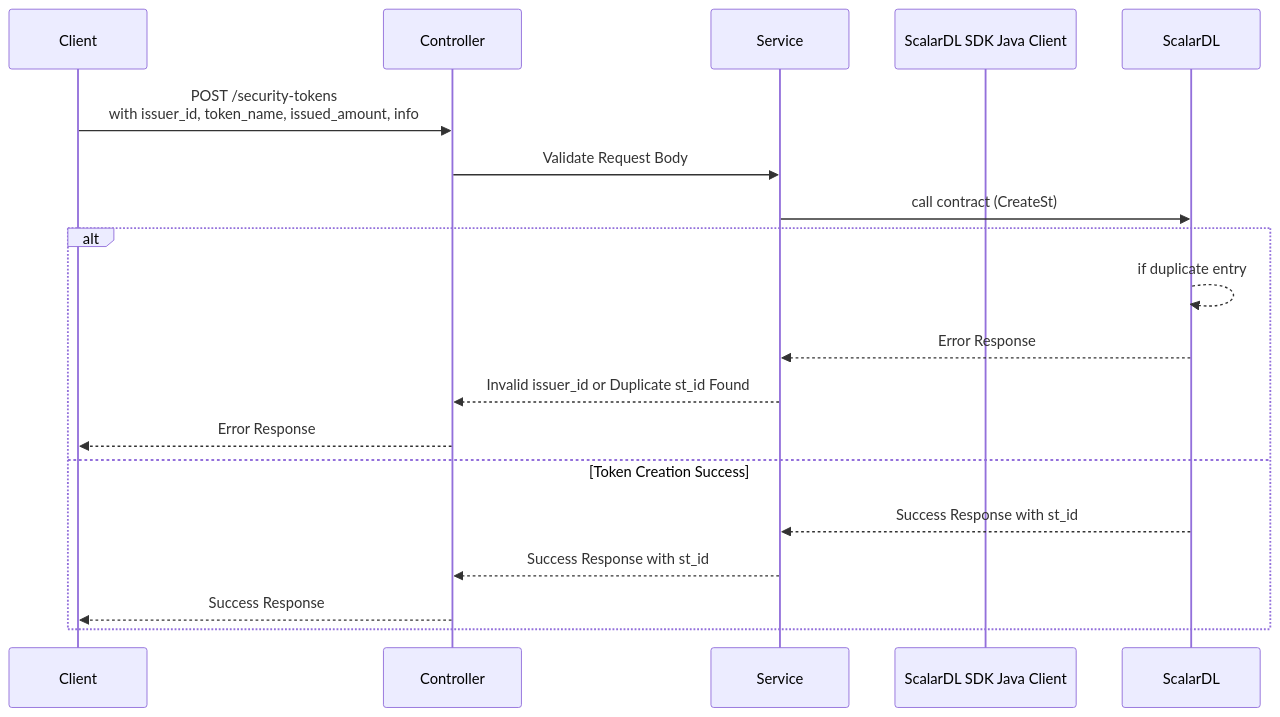
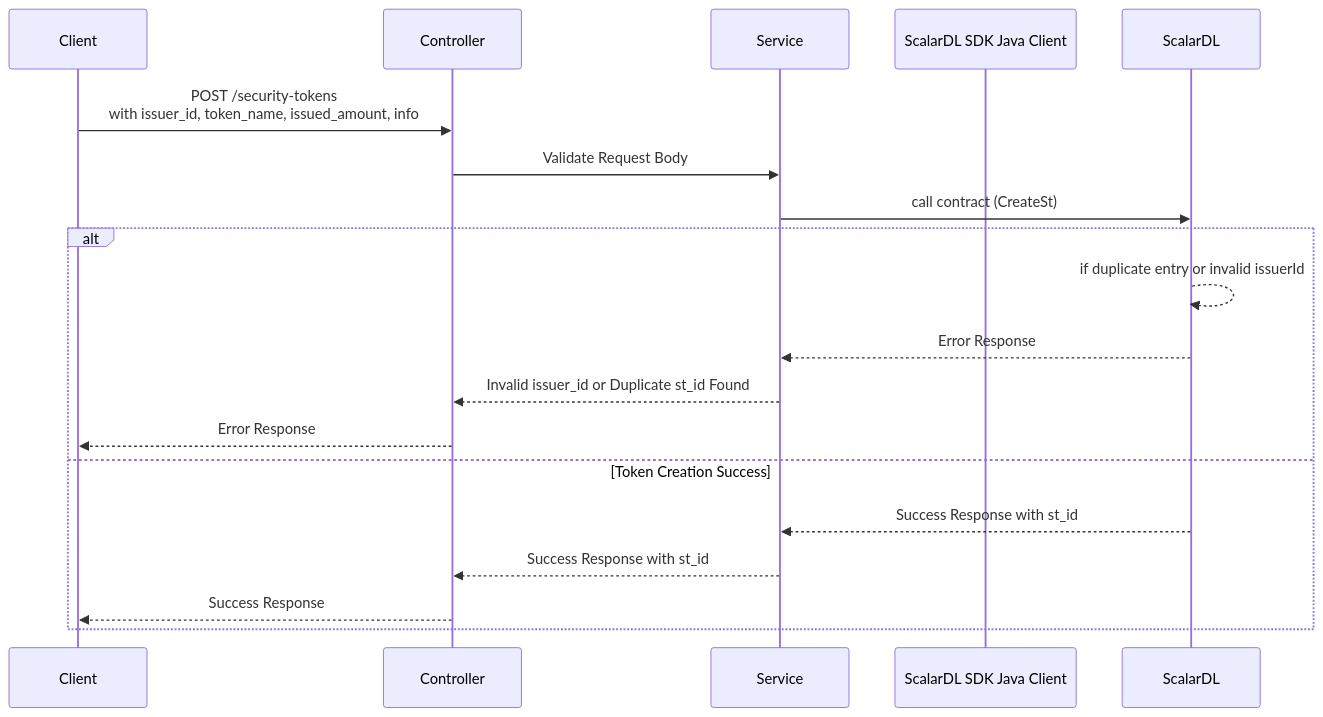
The diagram in create-st-1.md (MayuriSutar12/protocol_8_api_doc), drawn with Mermaid before and after one commit.

````diff
--- a/create-st-1.md
+++ b/create-st-1.md
@@ -11,23 +11,23 @@
 ```mermaid
 sequenceDiagram
     participant Client as Client
     participant Controller as Controller
     participant Service as Service
     participant ScalardlSDK as ScalarDL SDK Java Client 
     participant Scalardl as ScalarDL
 
     Client ->> Controller: POST /security-tokens<br/>with issuer_id, token_name, issued_amount, info
     Controller ->> Service: Validate Request Body
     Service ->> Scalardl: call contract (CreateSt)
     alt 
-        Scalardl -->> Scalardl: if duplicate entry
+        Scalardl -->> Scalardl: if duplicate entry or invalid issuerId
         Scalardl -->> Service: Error Response
         Service -->> Controller: Invalid issuer_id or Duplicate st_id Found
         Controller -->> Client: Error Response
     else Token Creation Success
         Scalardl -->> Service: Success Response with st_id
         Service -->> Controller: Success Response with st_id
         Controller -->> Client: Success Response 
     end
 
 ```
````
